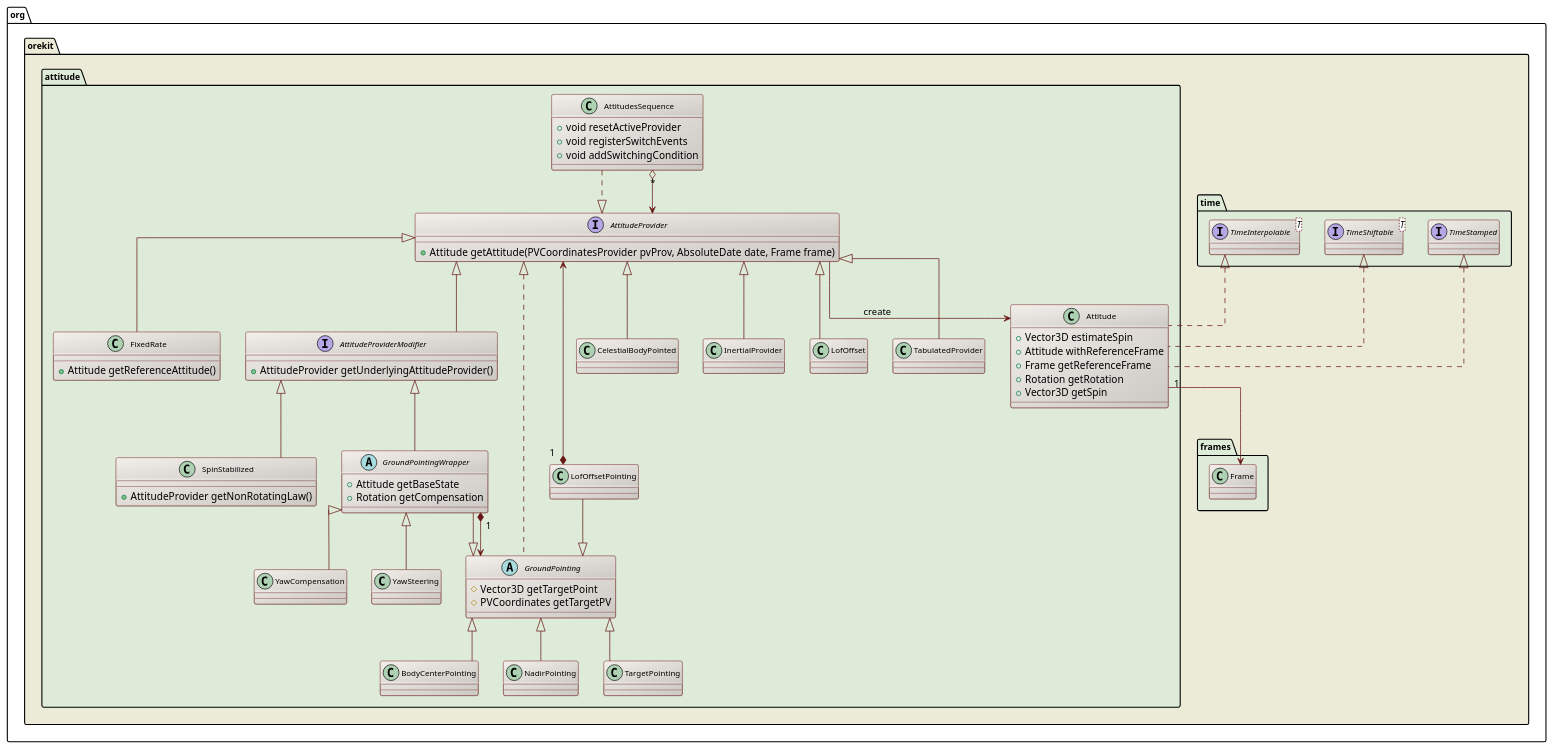
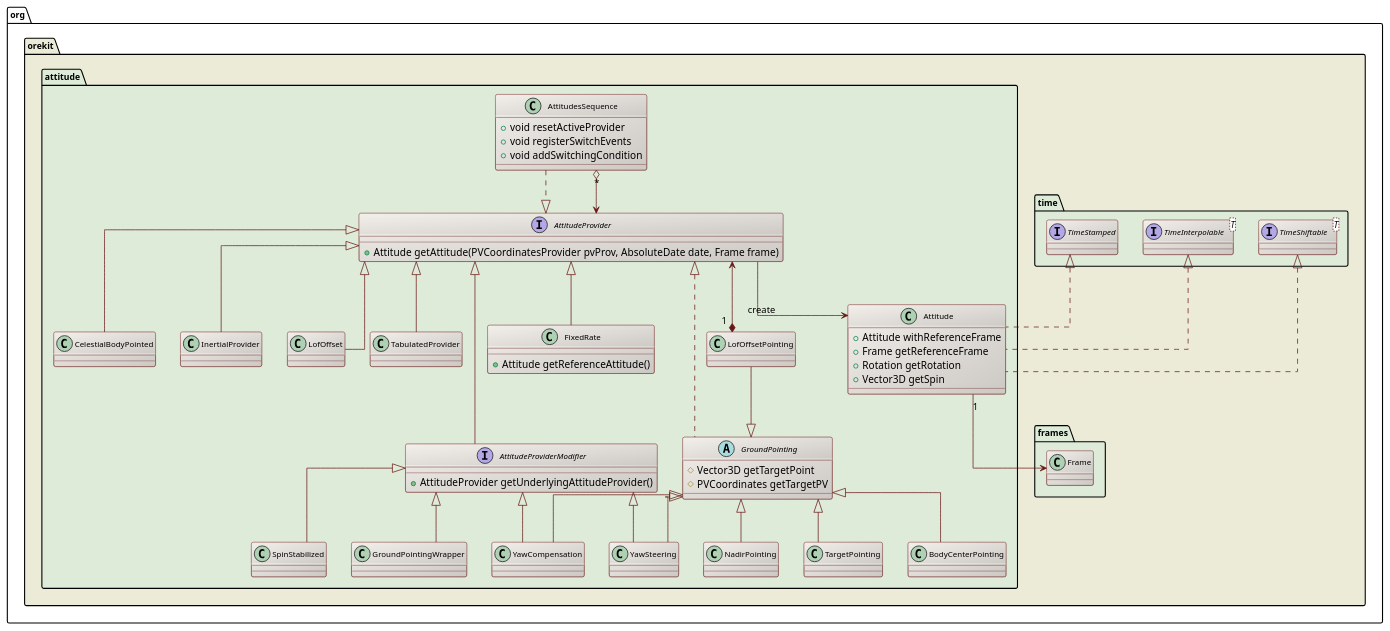
One commit to CS-SI/Orekit changed the diagram in src/design/attitude-class-diagram.puml. Above: the diagram before and after it, drawn with PlantUML. The commit also changed 9 other files, not shown here.

```diff
--- a/src/design/attitude-class-diagram.puml
+++ b/src/design/attitude-class-diagram.puml
@@ -17,99 +17,89 @@
 @startuml
 
   skinparam svek                  true
   skinparam ClassBackgroundColor  #F3EFEB/CCC9C5
   skinparam ClassArrowColor       #691616
   skinparam ClassBorderColor      #691616
   skinparam NoteBackgroundColor   #F3EFEB
   skinparam NoteBorderColor       #691616
   skinparam NoteFontColor         #691616
   skinparam ClassFontSize         11
   skinparam PackageFontSize       12
   skinparam linetype              ortho
 
   package org.orekit #ECEBD8 {
 
     package frames #DDEBD8 {
       class Frame
     }
 
     package time #DDEBD8 {
       interface TimeStamped
       interface "TimeShiftable<T>" as TimeShiftable_T_
       interface "TimeInterpolable<T>" as TimeInterpolable_T_
     }
 
     package attitude #DDEBD8 {
 
       class Attitude {
-	    +Vector3D estimateSpin
     	+Attitude withReferenceFrame
     	+Frame getReferenceFrame
         +Rotation getRotation
 	    +Vector3D getSpin
       }
 
       class AttitudesSequence {
         +void resetActiveProvider
         +void registerSwitchEvents
         +void addSwitchingCondition
       }
 
       interface AttitudeProvider {
         + Attitude getAttitude(PVCoordinatesProvider pvProv, AbsoluteDate date, Frame frame)
       }
 
       class FixedRate {
         +Attitude getReferenceAttitude()
       }
 
       interface AttitudeProviderModifier {
         +AttitudeProvider getUnderlyingAttitudeProvider()
       }
 
-      class SpinStabilized {
-        +AttitudeProvider getNonRotatingLaw()
-      }
-
       abstract class GroundPointing {
         #Vector3D getTargetPoint
         #PVCoordinates getTargetPV
-      }
-
-      abstract class GroundPointingWrapper {
-        +Attitude getBaseState
-        +Rotation getCompensation
       }
 
       Frame            <-up- "1" Attitude 
       Attitude         <-up- AttitudeProvider : create
       TimeStamped      <|.. Attitude
       TimeShiftable_T_ <|.. Attitude
       TimeInterpolable_T_ <|.. Attitude
       AttitudeProvider             <|-- FixedRate
       AttitudeProvider <|-- AttitudeProviderModifier
       AttitudesSequence ..|> AttitudeProvider
       AttitudesSequence "*" o--> AttitudeProvider
       AttitudeProvider <--* "1" LofOffsetPointing 
       AttitudeProvider <|.. GroundPointing
-      GroundPointing   <|-- GroundPointingWrapper
       LofOffsetPointing            --|> GroundPointing
 
       AttitudeProviderModifier     <|-- SpinStabilized
       AttitudeProviderModifier     <|-- GroundPointingWrapper
       GroundPointing               <|-- BodyCenterPointing
       GroundPointing               <|-- NadirPointing
       GroundPointing               <|-- TargetPointing
-      GroundPointingWrapper    "1" *--> GroundPointing
-      GroundPointingWrapper        <|-- YawCompensation
-      GroundPointingWrapper        <|-- YawSteering
+      GroundPointing               <|-- YawCompensation
+      AttitudeProviderModifier     <|-- YawCompensation
+      GroundPointing               <|-- YawSteering
+      AttitudeProviderModifier     <|-- YawSteering
       AttitudeProvider             <|-- CelestialBodyPointed
       AttitudeProvider             <|-- InertialProvider
       AttitudeProvider             <|-- LofOffset
       AttitudeProvider             <|-- TabulatedProvider
 
     }
 
   }
 
 @enduml
```
